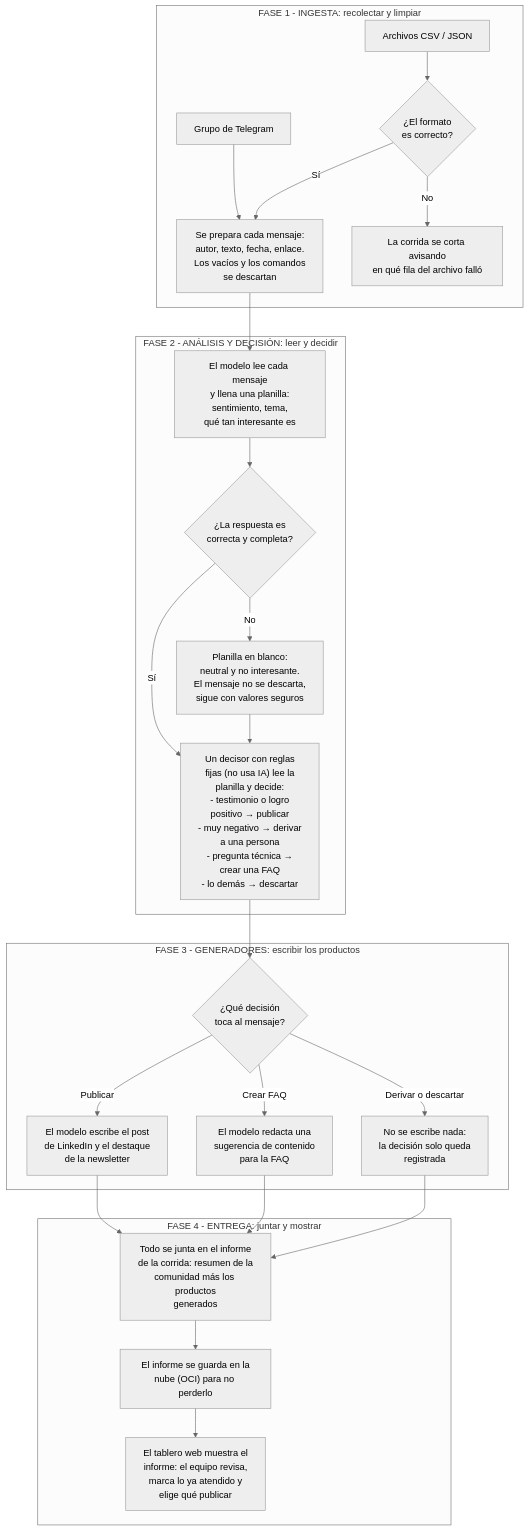
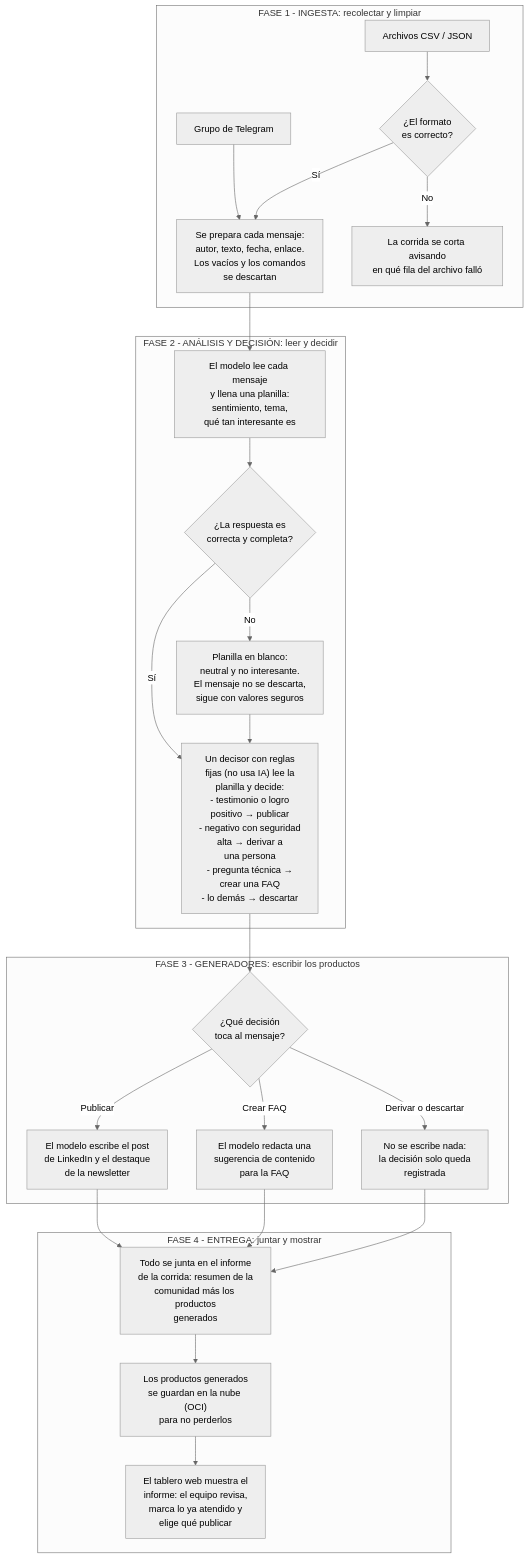
Before and after one commit to No-Country-simulation/G10-Latam-Equipo24-CommunityLab: the diagram in docs/arquitectura-tecnica/flujo-general-del-sistema.md, drawn with Mermaid (neutral theme). The commit also changed other lines of this file, not shown here.

````diff
--- a/docs/arquitectura-tecnica/flujo-general-del-sistema.md
+++ b/docs/arquitectura-tecnica/flujo-general-del-sistema.md
@@ -8,36 +8,36 @@
 ```mermaid
 flowchart TD
     subgraph F1["FASE 1 - INGESTA: recolectar y limpiar"]
         T["Grupo de Telegram"] --> LIM
         AF["Archivos CSV / JSON"] --> VIA{"¿El formato<br/>es correcto?"}
         VIA -- "No" --> ERR["La corrida se corta avisando<br/>en qué fila del archivo falló"]
         VIA -- "Sí" --> LIM["Se prepara cada mensaje:<br/>autor, texto, fecha, enlace.<br/>Los vacíos y los comandos<br/>se descartan"]
     end
 
     LIM --> ANA
 
     subgraph F2["FASE 2 - ANÁLISIS Y DECISIÓN: leer y decidir"]
         ANA["El modelo lee cada mensaje<br/>y llena una planilla:<br/>sentimiento, tema,<br/>qué tan interesante es"] --> CHEQ{"¿La respuesta es<br/>correcta y completa?"}
         CHEQ -- "No" --> BLANK["Planilla en blanco:<br/>neutral y no interesante.<br/>El mensaje no se descarta,<br/>sigue con valores seguros"]
         CHEQ -- "Sí" --> DEC
-        BLANK --> DEC["Un decisor con reglas<br/>fijas (no usa IA) lee la<br/>planilla y decide:<br/>- testimonio o logro<br/>  positivo → publicar<br/>- muy negativo → derivar<br/>  a una persona<br/>- pregunta técnica →<br/>  crear una FAQ<br/>- lo demás → descartar"]
+        BLANK --> DEC["Un decisor con reglas<br/>fijas (no usa IA) lee la<br/>planilla y decide:<br/>- testimonio o logro<br/>  positivo → publicar<br/>- negativo con seguridad<br/>  alta → derivar a<br/>  una persona<br/>- pregunta técnica →<br/>  crear una FAQ<br/>- lo demás → descartar"]
     end
 
     DEC --> GEN
 
     subgraph F3["FASE 3 - GENERADORES: escribir los productos"]
         GEN{"¿Qué decisión<br/>toca al mensaje?"}
         GEN -- "Publicar" --> LI["El modelo escribe el post<br/>de LinkedIn y el destaque<br/>de la newsletter"]
         GEN -- "Crear FAQ" --> FAQ["El modelo redacta una<br/>sugerencia de contenido<br/>para la FAQ"]
         GEN -- "Derivar o descartar" --> NAD["No se escribe nada:<br/>la decisión solo queda<br/>registrada"]
     end
 
     LI --> INF
     FAQ --> INF
     NAD --> INF
 
     subgraph F4["FASE 4 - ENTREGA: juntar y mostrar"]
-        INF["Todo se junta en el informe<br/>de la corrida: resumen de la<br/>comunidad más los productos<br/>generados"] --> NUBE["El informe se guarda en la<br/>nube (OCI) para no perderlo"]
+        INF["Todo se junta en el informe<br/>de la corrida: resumen de la<br/>comunidad más los productos<br/>generados"] --> NUBE["Los productos generados<br/>se guardan en la nube (OCI)<br/>para no perderlos"]
         NUBE --> TAB["El tablero web muestra el<br/>informe: el equipo revisa,<br/>marca lo ya atendido y<br/>elige qué publicar"]
     end
 ```
````
